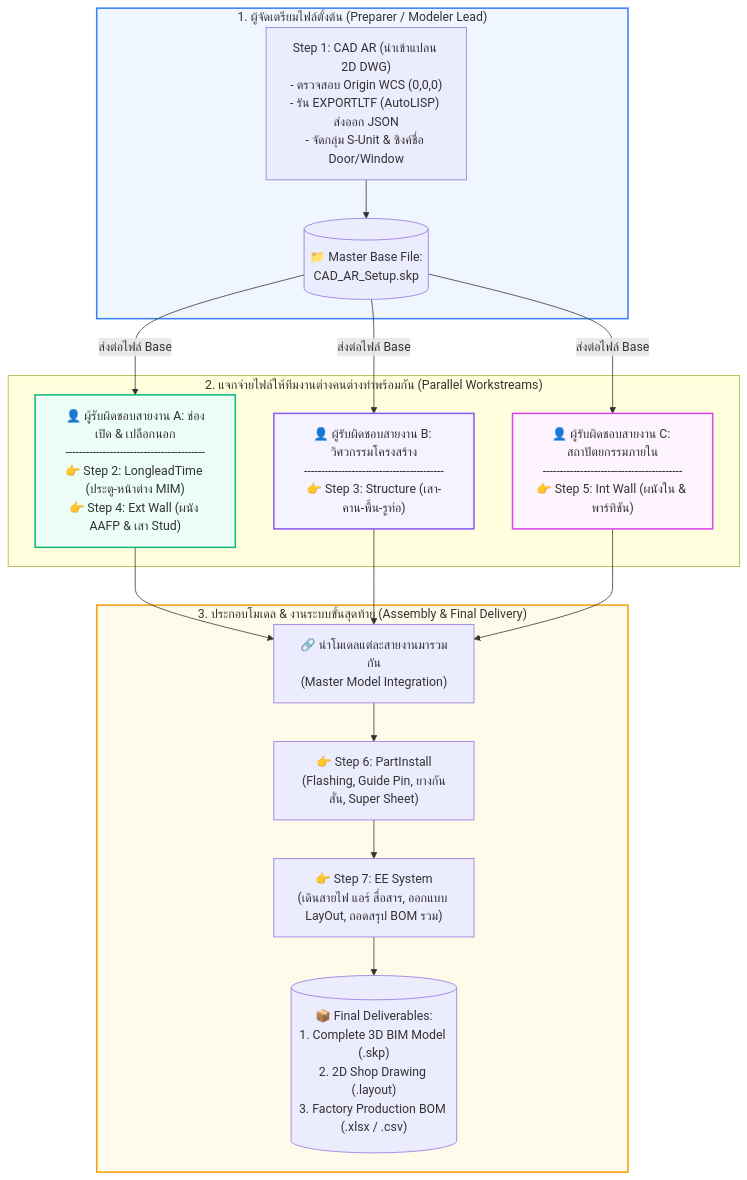
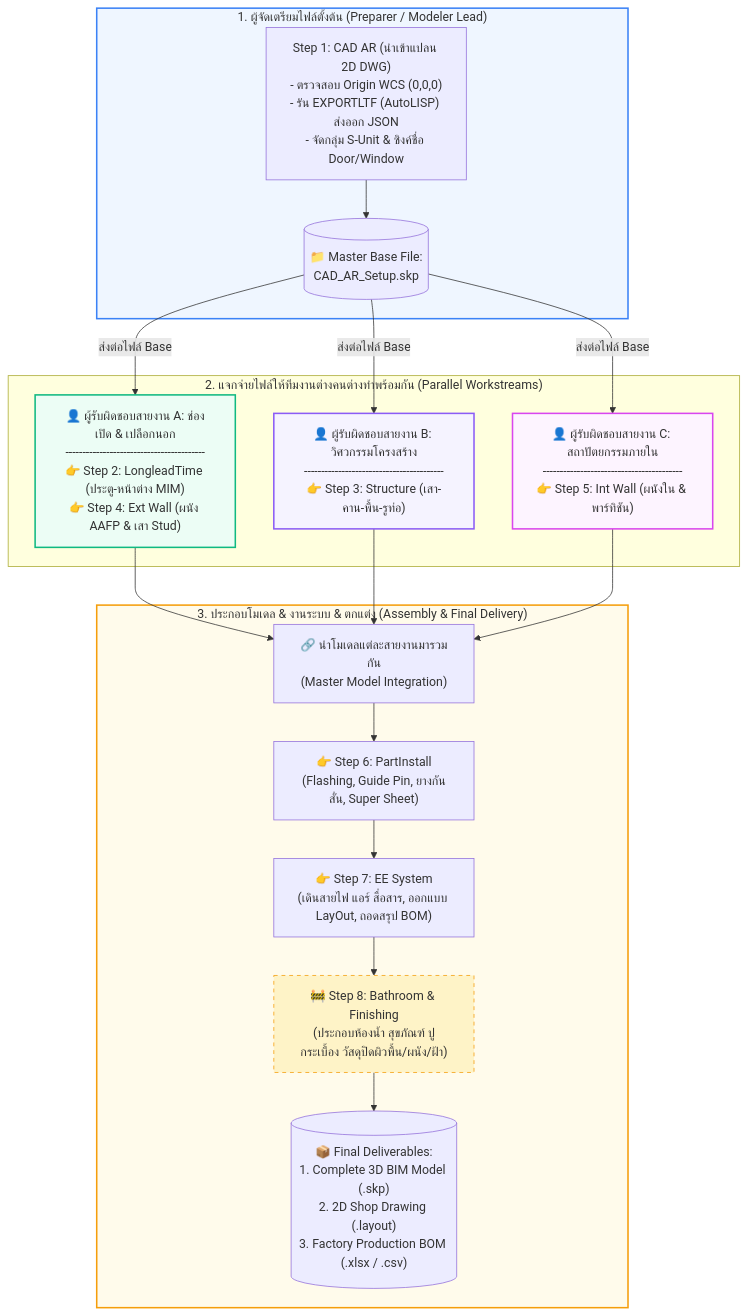
Before and after one commit to suteechu/manual-QHeim: the diagram in README.md, drawn with Mermaid. The commit also changed other lines of this file and 3 other files, not shown here.

Commit message:
feat: add Step 8 Bathroom & Finishing (Upcoming / Under Development)

````diff
--- a/README.md
+++ b/README.md
@@ -48,26 +52,28 @@
 ```mermaid
 flowchart TD
     subgraph PREP["1. ผู้จัดเตรียมไฟล์ตั้งต้น (Preparer / Modeler Lead)"]
         S1["Step 1: CAD AR (นำเข้าแปลน 2D DWG)<br/>- ตรวจสอบ Origin WCS (0,0,0)<br/>- รัน EXPORTLTF (AutoLISP) ส่งออก JSON<br/>- จัดกลุ่ม S-Unit & ซิงค์ชื่อ Door/Window"]
         S1 --> BASE[("📁 Master Base File: <br/>CAD_AR_Setup.skp")]
     end
 
     subgraph PARALLEL["2. แจกจ่ายไฟล์ให้ทีมงานต่างคนต่างทำพร้อมกัน (Parallel Workstreams)"]
         BASE -->|ส่งต่อไฟล์ Base| TEAM_A["👤 ผู้รับผิดชอบสายงาน A: ช่องเปิด & เปลือกนอก<br/>-----------------------------------------<br/>👉 Step 2: LongleadTime (ประตู-หน้าต่าง MIM)<br/>👉 Step 4: Ext Wall (ผนัง AAFP & เสา Stud)"]
         BASE -->|ส่งต่อไฟล์ Base| TEAM_B["👤 ผู้รับผิดชอบสายงาน B: วิศวกรรมโครงสร้าง<br/>-----------------------------------------<br/>👉 Step 3: Structure (เสา-คาน-พื้น-รูท่อ)"]
         BASE -->|ส่งต่อไฟล์ Base| TEAM_C["👤 ผู้รับผิดชอบสายงาน C: สถาปัตยกรรมภายใน<br/>-----------------------------------------<br/>👉 Step 5: Int Wall (ผนังใน & พาร์ทิชัน)"]
     end
 
-    subgraph INTEGRATION["3. ประกอบโมเดล & งานระบบขั้นสุดท้าย (Assembly & Final Delivery)"]
+    subgraph INTEGRATION["3. ประกอบโมเดล & งานระบบ & ตกแต่ง (Assembly & Final Delivery)"]
         TEAM_A & TEAM_B & TEAM_C --> MERGE["🔗 นำโมเดลแต่ละสายงานมารวมกัน<br/>(Master Model Integration)"]
         MERGE --> S6["👉 Step 6: PartInstall<br/>(Flashing, Guide Pin, ยางกันสั่น, Super Sheet)"]
-        S6 --> S7["👉 Step 7: EE System<br/>(เดินสายไฟ แอร์ สื่อสาร, ออกแบบ LayOut, ถอดสรุป BOM รวม)"]
-        S7 --> OUTPUT[("📦 Final Deliverables:<br/>1. Complete 3D BIM Model (.skp)<br/>2. 2D Shop Drawing (.layout)<br/>3. Factory Production BOM (.xlsx / .csv)")]
+        S6 --> S7["👉 Step 7: EE System<br/>(เดินสายไฟ แอร์ สื่อสาร, ออกแบบ LayOut, ถอดสรุป BOM)"]
+        S7 --> S8["🚧 Step 8: Bathroom & Finishing<br/>(ประกอบห้องน้ำ สุขภัณฑ์ ปูกระเบื้อง วัสดุปิดผิวพื้น/ผนัง/ฝ้า)"]
+        S8 --> OUTPUT[("📦 Final Deliverables:<br/>1. Complete 3D BIM Model (.skp)<br/>2. 2D Shop Drawing (.layout)<br/>3. Factory Production BOM (.xlsx / .csv)")]
     end
 
     style PREP fill:#eff6ff,stroke:#3b82f6,stroke-width:2px
     style TEAM_A fill:#ecfdf5,stroke:#10b981,stroke-width:2px
     style TEAM_B fill:#f5f3ff,stroke:#8b5cf6,stroke-width:2px
     style TEAM_C fill:#fdf4ff,stroke:#d946ef,stroke-width:2px
     style INTEGRATION fill:#fffbeb,stroke:#f59e0b,stroke-width:2px
+    style S8 fill:#fef3c7,stroke:#f59e0b,stroke-dasharray: 5 5
 ```
````
